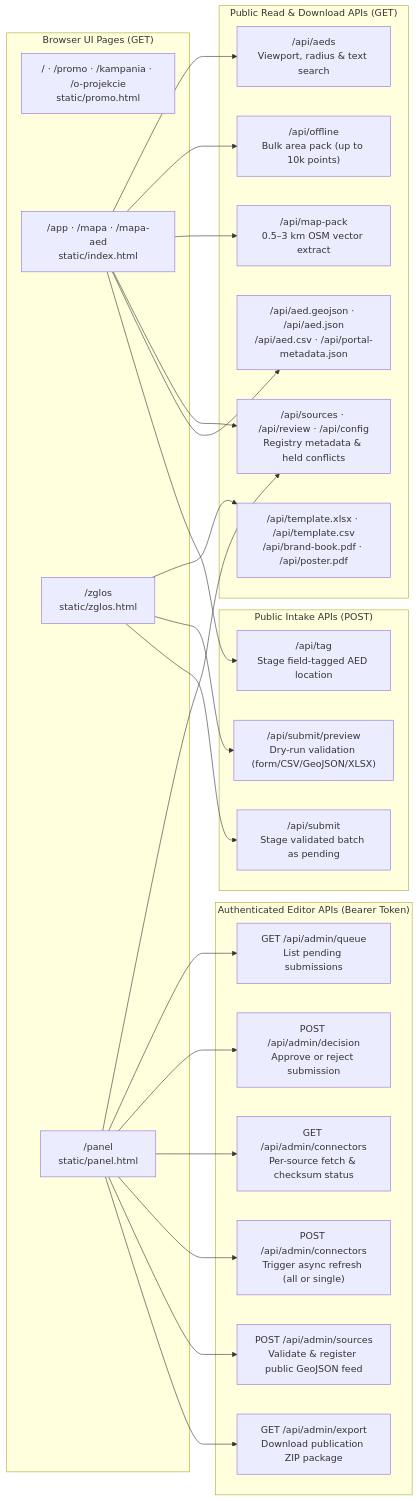
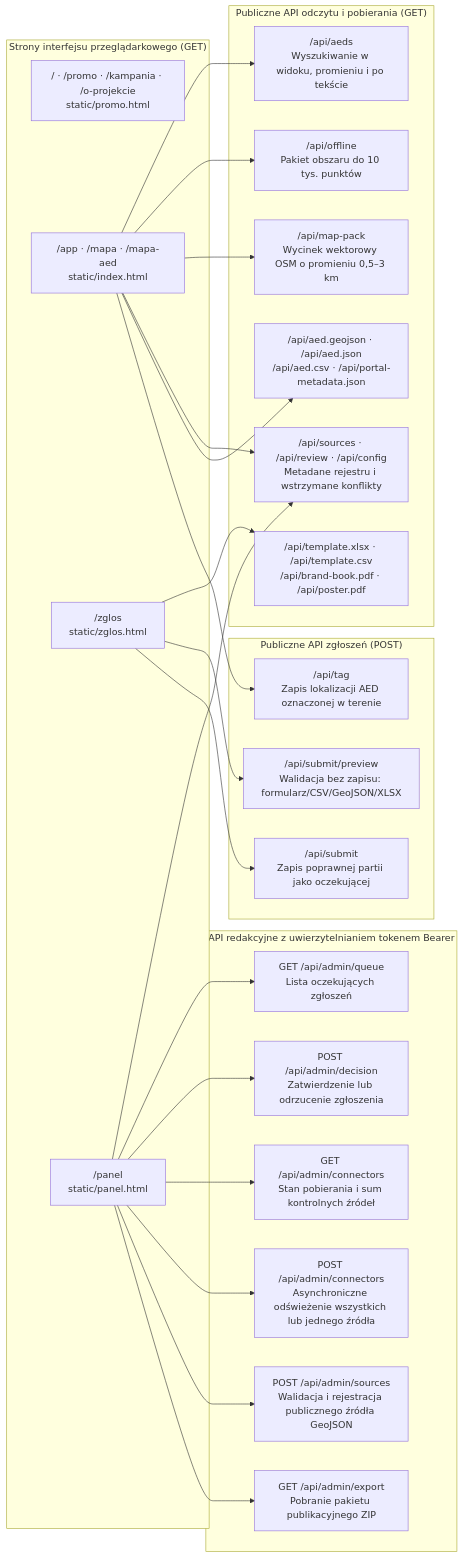
One commit to RodrigoGaluppo/HACK_NATION_Serce_Okolicy changed the second of 6 diagrams in README.md. Above: the diagram before and after it, drawn with Mermaid. The commit also changed other lines of this file, not shown here.

````diff
--- a/README.md
+++ b/README.md
@@ -177,37 +189,37 @@
 ```mermaid
 flowchart LR
-  subgraph PAGES["Browser UI Pages (GET)"]
+  subgraph PAGES["Strony interfejsu przeglądarkowego (GET)"]
     P1["/ · /promo · /kampania · /o-projekcie\nstatic/promo.html"]
     P2["/app · /mapa · /mapa-aed\nstatic/index.html"]
     P3["/zglos\nstatic/zglos.html"]
     P4["/panel\nstatic/panel.html"]
   end
 
-  subgraph PUB_API["Public Read & Download APIs (GET)"]
-    A1["/api/aeds\nViewport, radius & text search"]
-    A2["/api/offline\nBulk area pack (up to 10k points)"]
-    A3["/api/map-pack\n0.5–3 km OSM vector extract"]
-    A4["/api/sources · /api/review · /api/config\nRegistry metadata & held conflicts"]
+  subgraph PUB_API["Publiczne API odczytu i pobierania (GET)"]
+    A1["/api/aeds\nWyszukiwanie w widoku, promieniu i po tekście"]
+    A2["/api/offline\nPakiet obszaru do 10 tys. punktów"]
+    A3["/api/map-pack\nWycinek wektorowy OSM o promieniu 0,5–3 km"]
+    A4["/api/sources · /api/review · /api/config\nMetadane rejestru i wstrzymane konflikty"]
     A5["/api/aed.geojson · /api/aed.json\n/api/aed.csv · /api/portal-metadata.json"]
     A6["/api/template.xlsx · /api/template.csv\n/api/brand-book.pdf · /api/poster.pdf"]
   end
 
-  subgraph INTAKE_API["Public Intake APIs (POST)"]
-    I1["/api/submit/preview\nDry-run validation (form/CSV/GeoJSON/XLSX)"]
-    I2["/api/submit\nStage validated batch as pending"]
-    I3["/api/tag\nStage field-tagged AED location"]
+  subgraph INTAKE_API["Publiczne API zgłoszeń (POST)"]
+    I1["/api/submit/preview\nWalidacja bez zapisu: formularz/CSV/GeoJSON/XLSX"]
+    I2["/api/submit\nZapis poprawnej partii jako oczekującej"]
+    I3["/api/tag\nZapis lokalizacji AED oznaczonej w terenie"]
   end
 
-  subgraph ADMIN_API["Authenticated Editor APIs (Bearer Token)"]
-    M1["GET /api/admin/queue\nList pending submissions"]
-    M2["POST /api/admin/decision\nApprove or reject submission"]
-    M3["GET /api/admin/connectors\nPer-source fetch & checksum status"]
-    M4["POST /api/admin/connectors\nTrigger async refresh (all or single)"]
-    M5["POST /api/admin/sources\nValidate & register public GeoJSON feed"]
-    M6["GET /api/admin/export\nDownload publication ZIP package"]
+  subgraph ADMIN_API["API redakcyjne z uwierzytelnianiem tokenem Bearer"]
+    M1["GET /api/admin/queue\nLista oczekujących zgłoszeń"]
+    M2["POST /api/admin/decision\nZatwierdzenie lub odrzucenie zgłoszenia"]
+    M3["GET /api/admin/connectors\nStan pobierania i sum kontrolnych źródeł"]
+    M4["POST /api/admin/connectors\nAsynchroniczne odświeżenie wszystkich lub jednego źródła"]
+    M5["POST /api/admin/sources\nWalidacja i rejestracja publicznego źródła GeoJSON"]
+    M6["GET /api/admin/export\nPobranie pakietu publikacyjnego ZIP"]
   end
 
   P2 --> A1 & A2 & A3 & A4 & A5 & I3
   P3 --> A6 & I1 & I2
   P4 --> A4 & M1 & M2 & M3 & M4 & M5 & M6
 ```
````
